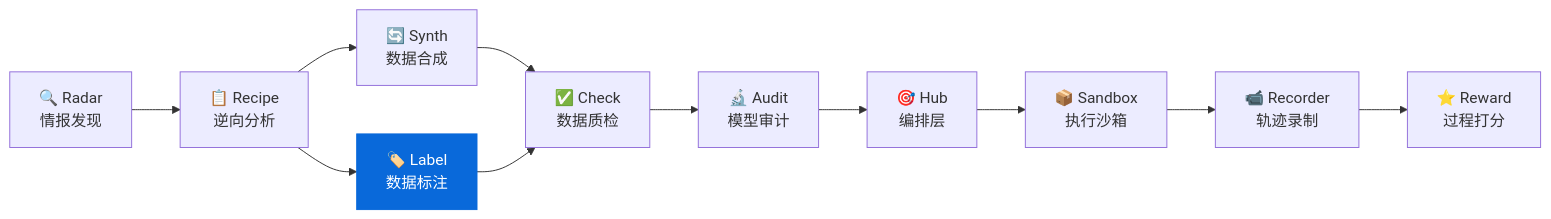
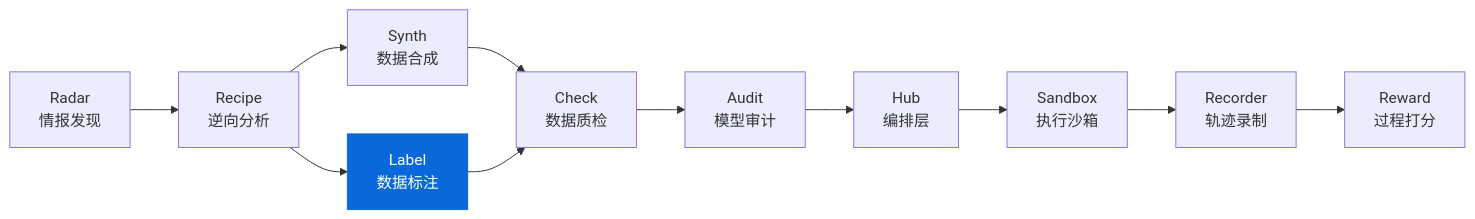
Before and after one commit to liuxiaotong/data-label: the diagram in README.md, drawn with Mermaid. The commit also changed other lines of this file and 22 other files, not shown here.

````diff
--- a/README.md
+++ b/README.md
@@ -289,14 +508,14 @@
 ```mermaid
 graph LR
-    Radar["🔍 Radar<br/>情报发现"] --> Recipe["📋 Recipe<br/>逆向分析"]
-    Recipe --> Synth["🔄 Synth<br/>数据合成"]
-    Recipe --> Label["🏷️ Label<br/>数据标注"]
-    Synth --> Check["✅ Check<br/>数据质检"]
+    Radar["Radar<br/>情报发现"] --> Recipe["Recipe<br/>逆向分析"]
+    Recipe --> Synth["Synth<br/>数据合成"]
+    Recipe --> Label["Label<br/>数据标注"]
+    Synth --> Check["Check<br/>数据质检"]
     Label --> Check
-    Check --> Audit["🔬 Audit<br/>模型审计"]
-    Audit --> Hub["🎯 Hub<br/>编排层"]
-    Hub --> Sandbox["📦 Sandbox<br/>执行沙箱"]
-    Sandbox --> Recorder["📹 Recorder<br/>轨迹录制"]
-    Recorder --> Reward["⭐ Reward<br/>过程打分"]
+    Check --> Audit["Audit<br/>模型审计"]
+    Audit --> Hub["Hub<br/>编排层"]
+    Hub --> Sandbox["Sandbox<br/>执行沙箱"]
+    Sandbox --> Recorder["Recorder<br/>轨迹录制"]
+    Recorder --> Reward["Reward<br/>过程打分"]
     style Label fill:#0969da,color:#fff,stroke:#0969da
 ```
````
